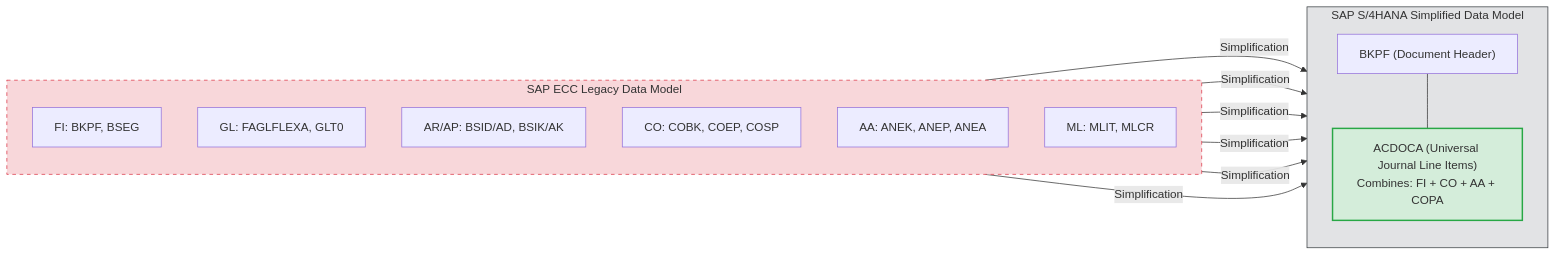
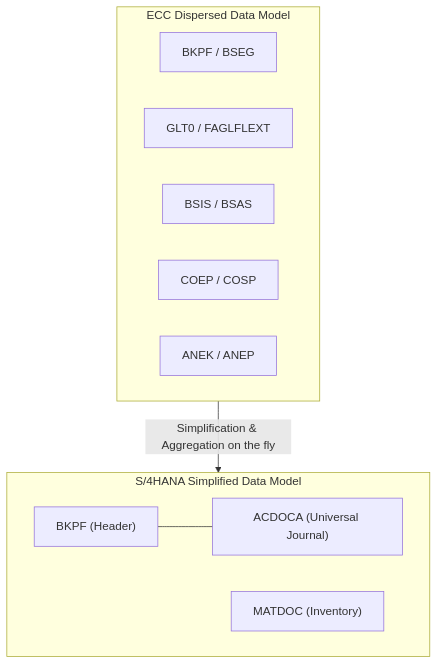
The third of 7 diagrams in s4hana-evolution-and-architecture.md (islamnassar13/S4HANA-FICO-End2End-Implementation-Hub), drawn with Mermaid before and after one commit. The commit also changed other lines of this file and 1 other file, not shown here.

First line of the commit message:
docs: completely rewrite S/4HANA markdown file following GitHub RTL rules

````diff
--- a/s4hana-evolution-and-architecture.md
+++ b/s4hana-evolution-and-architecture.md
@@ -106,30 +119,21 @@
 ```mermaid
-flowchart LR
-    subgraph ECC["SAP ECC Legacy Data Model"]
-        direction TB
-        FI["FI: BKPF, BSEG"]
-        GL["GL: FAGLFLEXA, GLT0"]
-        AR["AR/AP: BSID/AD, BSIK/AK"]
-        CO["CO: COBK, COEP, COSP"]
-        AA["AA: ANEK, ANEP, ANEA"]
-        ML["ML: MLIT, MLCR"]
+flowchart TD
+    subgraph ECC ["ECC Dispersed Data Model"]
+        direction LR
+        BKPF1["BKPF / BSEG"]
+        GLT0["GLT0 / FAGLFLEXT"]
+        BSIS["BSIS / BSAS"]
+        COEP["COEP / COSP"]
+        ANEK["ANEK / ANEP"]
     end
 
-    subgraph S4["SAP S/4HANA Simplified Data Model"]
-        direction TB
-        BKPF["BKPF (Document Header)"]
-        ACDOCA["ACDOCA (Universal Journal Line Items)<br>Combines: FI + CO + AA + COPA"]
-        BKPF --- ACDOCA
+    subgraph S4 ["S/4HANA Simplified Data Model"]
+        direction LR
+        BKPF2["BKPF (Header)"]
+        ACDOCA["ACDOCA (Universal Journal)"]
+        MATDOC["MATDOC (Inventory)"]
+        BKPF2 --- ACDOCA
     end
 
-    FI -->|Simplification| ACDOCA
-    GL -->|Simplification| ACDOCA
-    AR -->|Simplification| ACDOCA
-    CO -->|Simplification| ACDOCA
-    AA -->|Simplification| ACDOCA
-    ML -->|Simplification| ACDOCA
-
-    style ACDOCA fill:#d4edda,stroke:#28a745,stroke-width:2px
-    style ECC fill:#f8d7da,stroke:#dc3545,stroke-width:1px,stroke-dasharray: 5 5
-    style S4 fill:#e2e3e5,stroke:#383d41,stroke-width:1px
+    ECC -->|Simplification & Aggregation on the fly| S4
 ```
````
